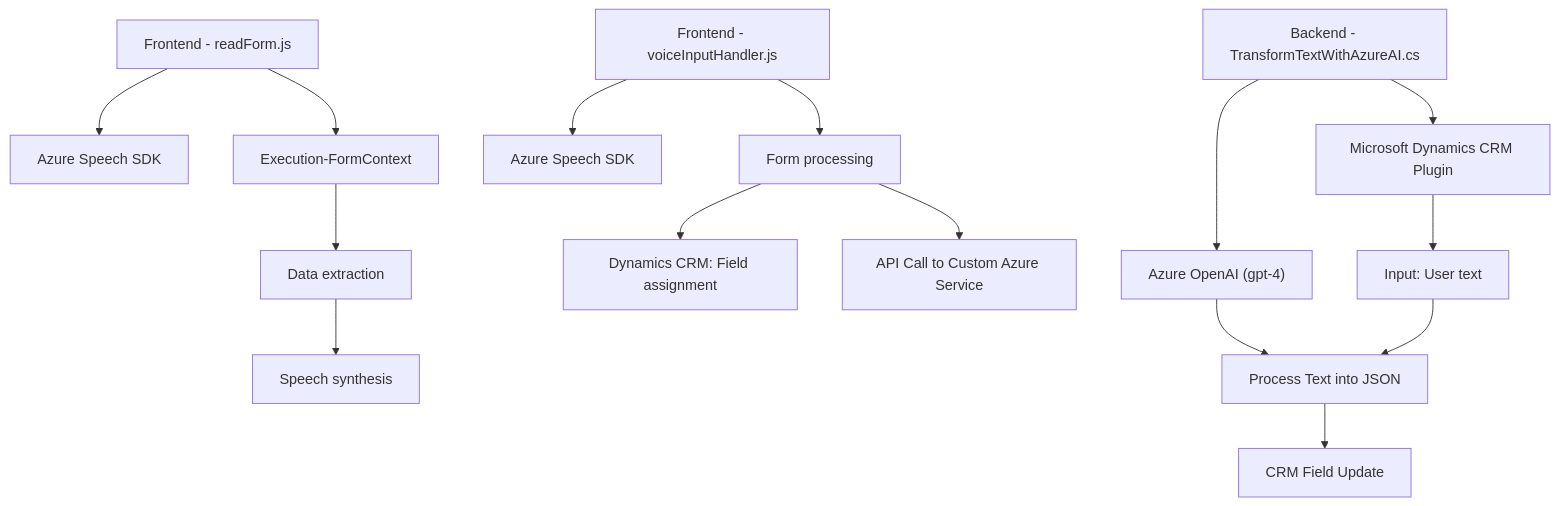
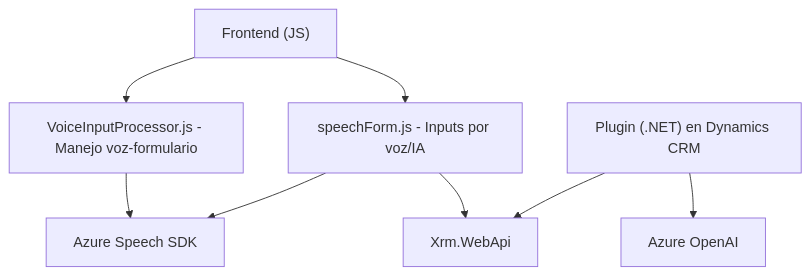
The first of 3 diagrams in README.md (blopezdm/NETCORE_BILBAO2025), drawn with Mermaid before and after one commit. The commit also changed other lines of this file, not shown here.

````diff
--- a/README.md
+++ b/README.md
@@ -46,19 +37,18 @@
 ```mermaid
 graph TD
-    A["Frontend - readForm.js"] --> B["Azure Speech SDK"]
-    A --> C["Execution-FormContext"]
-    C --> D["Data extraction"]
-    D --> E["Speech synthesis"]
-
-    F["Frontend - voiceInputHandler.js"] --> G["Azure Speech SDK"]
-    F --> H["Form processing"]
-    H --> I["Dynamics CRM: Field assignment"]
-    H --> J["API Call to Custom Azure Service"]
-
-    K["Backend - TransformTextWithAzureAI.cs"] --> L["Microsoft Dynamics CRM Plugin"]
-    K --> M["Azure OpenAI (gpt-4)"]
-    L --> N["Input: User text"]
-    M --> O["Process Text into JSON"]
-    N --> O
-    O --> P["CRM Field Update"]
+  Frontend["Frontend (JS)"]
+  VoiceInputProcessor["VoiceInputProcessor.js - Manejo voz-formulario"]
+  SpeechForm["speechForm.js - Inputs por voz/IA"]
+  DynamicsPlugin["Plugin (.NET) en Dynamics CRM"]
+  AzureSpeechSDK["Azure Speech SDK"]
+  AzureOpenAI["Azure OpenAI"]
+  XrmWebApi["Xrm.WebApi"]
+  
+  Frontend --> VoiceInputProcessor
+  VoiceInputProcessor --> AzureSpeechSDK
+  Frontend --> SpeechForm
+  SpeechForm --> AzureSpeechSDK
+  SpeechForm --> XrmWebApi
+  DynamicsPlugin --> AzureOpenAI
+  DynamicsPlugin --> XrmWebApi
 ```
````
